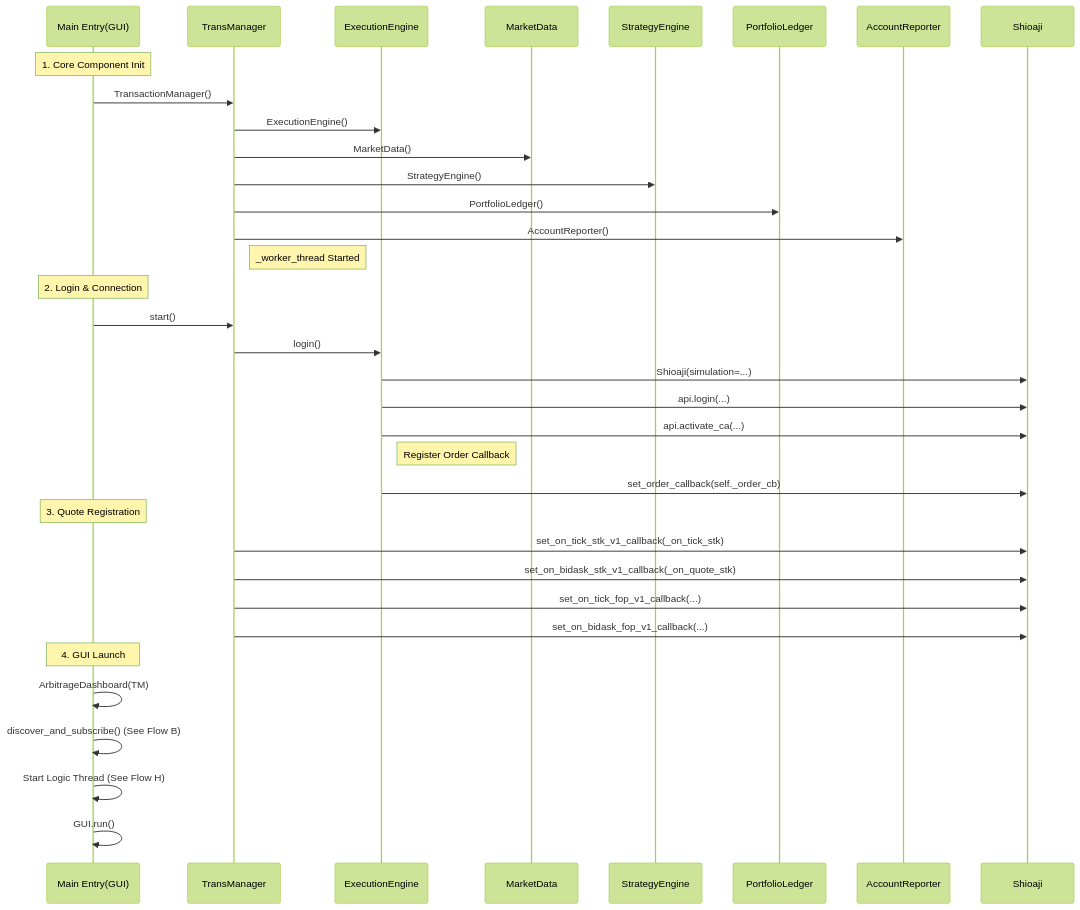
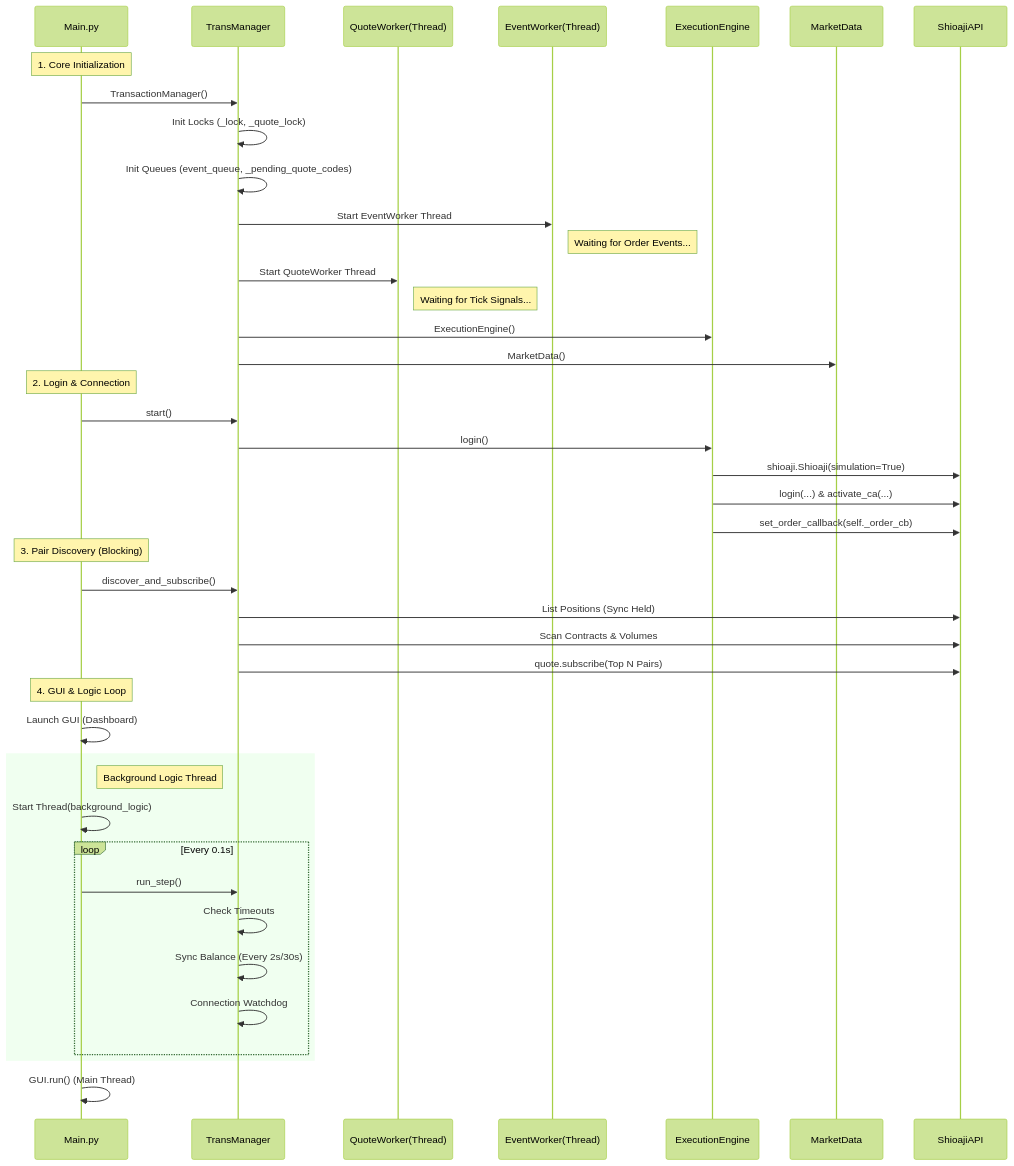
One commit to yupao-tsai/trading changed the second of 9 diagrams in source_code_interpretation.md. Above: the diagram before and after it, drawn with Mermaid (forest theme). The commit also changed other lines of this file, not shown here.

Commit message:
Docs: Detailed System Startup & Registration Deep Dive

````diff
--- a/source_code_interpretation.md
+++ b/source_code_interpretation.md
@@ -193,42 +192,53 @@
 ```mermaid
 sequenceDiagram
-    participant Main as Main Entry(GUI)
+    participant Main as Main.py
     participant TM as TransManager
+    participant QW as QuoteWorker(Thread)
+    participant EW as EventWorker(Thread)
     participant Exec as ExecutionEngine
     participant MD as MarketData
-    participant Strat as StrategyEngine
-    participant Ledger as PortfolioLedger
-    participant Rep as AccountReporter
-    participant API as Shioaji
-
-    Note over Main: 1. Core Component Init
+    participant API as ShioajiAPI
+    
+    Note over Main: 1. Core Initialization
     Main->>TM: TransactionManager()
+    TM->>TM: Init Locks (_lock, _quote_lock)
+    TM->>TM: Init Queues (event_queue, _pending_quote_codes)
+    
+    TM->>EW: Start EventWorker Thread
+    Note right of EW: Waiting for Order Events...
+    
+    TM->>QW: Start QuoteWorker Thread
+    Note right of QW: Waiting for Tick Signals...
+    
     TM->>Exec: ExecutionEngine()
     TM->>MD: MarketData()
-    TM->>Strat: StrategyEngine()
-    TM->>Ledger: PortfolioLedger()
-    TM->>Rep: AccountReporter()
-    
-    Note right of TM: _worker_thread Started
     
     Note over Main: 2. Login & Connection
     Main->>TM: start()
     TM->>Exec: login()
-    Exec->>API: Shioaji(simulation=...)
-    Exec->>API: api.login(...)
-    Exec->>API: api.activate_ca(...)
-    Note right of Exec: Register Order Callback
+    Exec->>API: shioaji.Shioaji(simulation=True)
+    Exec->>API: login(...) & activate_ca(...)
     Exec->>API: set_order_callback(self._order_cb)
     
-    Note over Main: 3. Quote Registration
-    TM->>API: set_on_tick_stk_v1_callback(_on_tick_stk)
-    TM->>API: set_on_bidask_stk_v1_callback(_on_quote_stk)
-    TM->>API: set_on_tick_fop_v1_callback(...)
-    TM->>API: set_on_bidask_fop_v1_callback(...)
+    Note over Main: 3. Pair Discovery (Blocking)
+    Main->>TM: discover_and_subscribe()
+    TM->>API: List Positions (Sync Held)
+    TM->>API: Scan Contracts & Volumes
+    TM->>API: quote.subscribe(Top N Pairs)
     
-    Note over Main: 4. GUI Launch
-    Main->>Main: ArbitrageDashboard(TM)
-    Main->>Main: discover_and_subscribe() (See Flow B)
-    Main->>Main: Start Logic Thread (See Flow H)
-    Main->>Main: GUI.run()
+    Note over Main: 4. GUI & Logic Loop
+    Main->>Main: Launch GUI (Dashboard)
+    
+    rect rgb(240, 255, 240)
+        Note right of Main: Background Logic Thread
+        Main->>Main: Start Thread(background_logic)
+        loop Every 0.1s
+            Main->>TM: run_step()
+            TM->>TM: Check Timeouts
+            TM->>TM: Sync Balance (Every 2s/30s)
+            TM->>TM: Connection Watchdog
+        end
+    end
+    
+    Main->>Main: GUI.run() (Main Thread)
 ```
````
